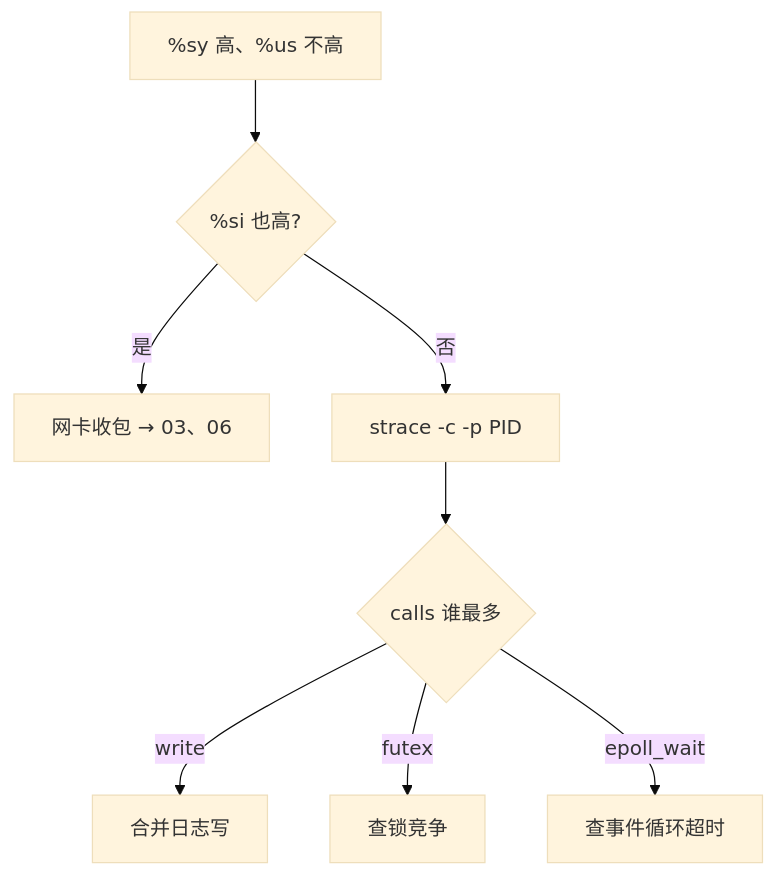
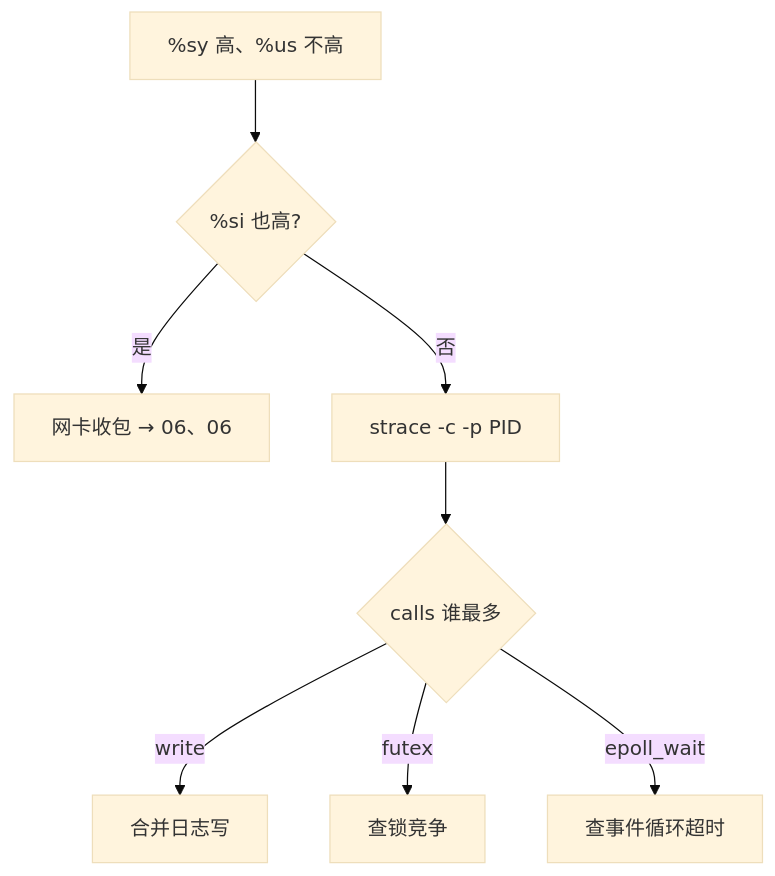
Before and after one commit to ml-cuizijun/LearnToLilith: the seventh of 12 diagrams in 01-基础底座/04-内核与系统/知识点.md, drawn with Mermaid (base theme). The commit also changed other lines of this file and 56 other files, not shown here.

````diff
--- a/01-基础底座/04-内核与系统/知识点.md
+++ b/01-基础底座/04-内核与系统/知识点.md
@@ -635,10 +635,10 @@
 ```mermaid
 flowchart TB
     A["%sy 高、%us 不高"] --> B{%si 也高?}
-    B -->|是| C[网卡收包 → 03、06]
+    B -->|是| C[网卡收包 → 06、06]
     B -->|否| D[strace -c -p PID]
     D --> E{calls 谁最多}
     E -->|write| F[合并日志写]
     E -->|futex| G[查锁竞争]
     E -->|epoll_wait| H[查事件循环超时]
 ```
````
